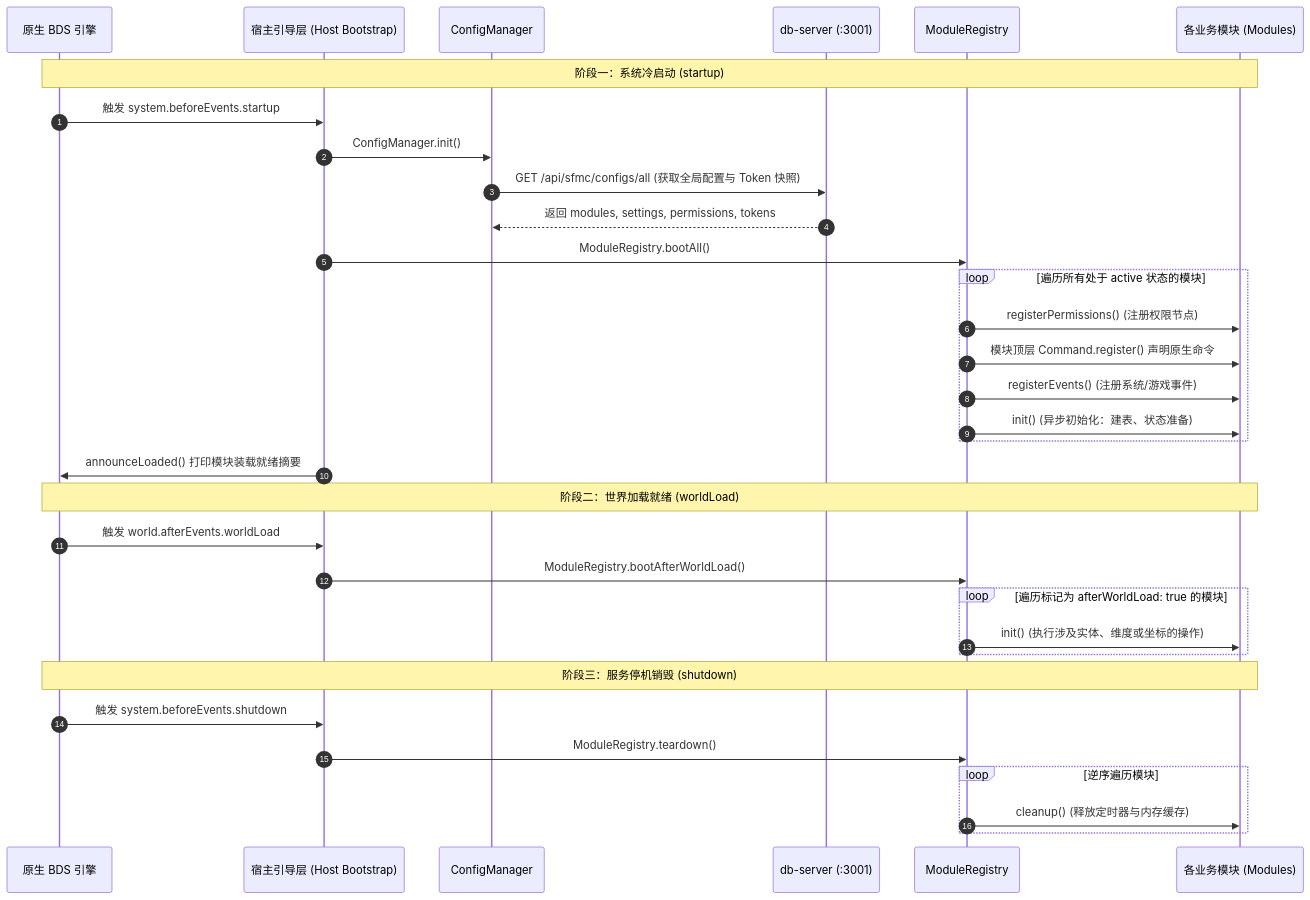
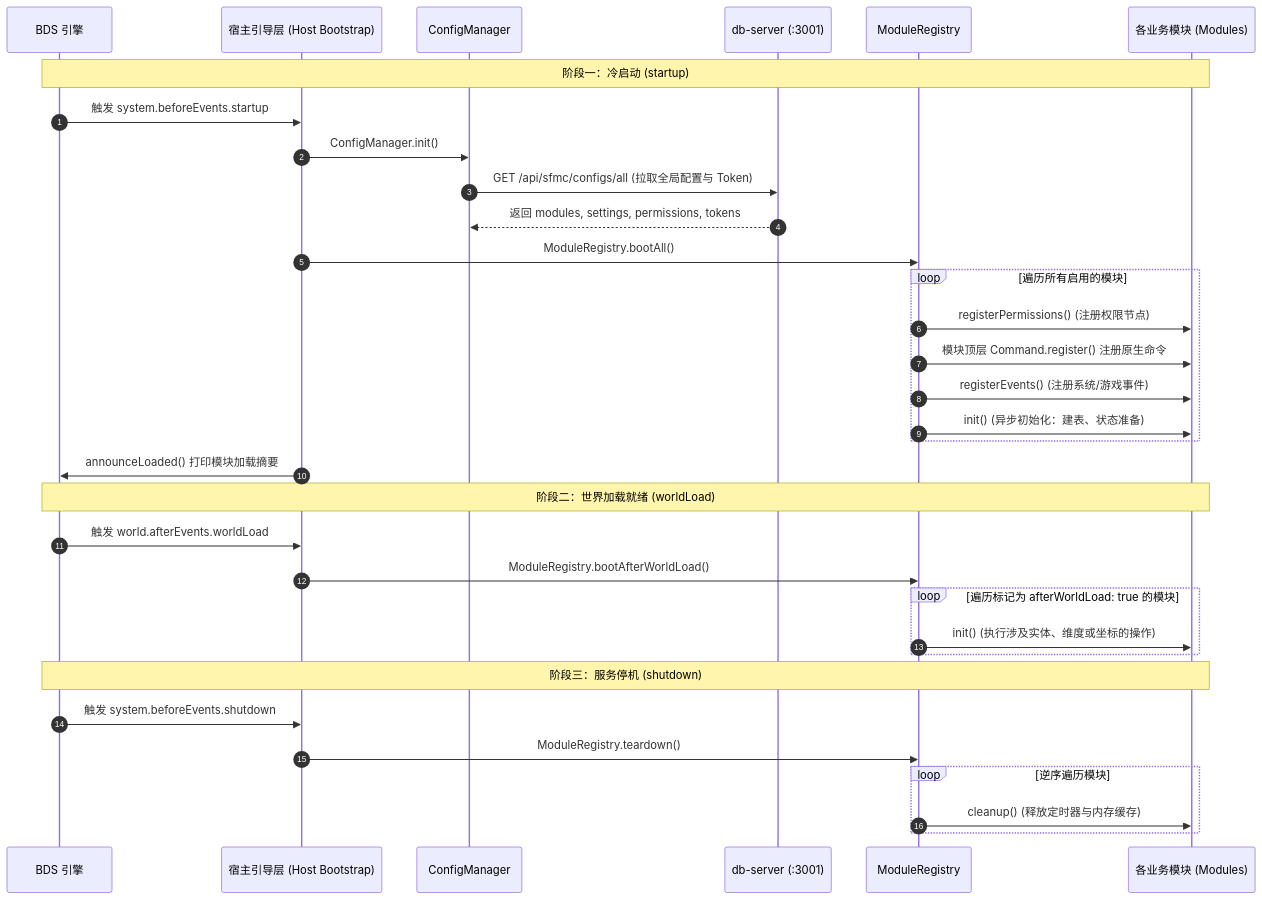
The second of 2 diagrams in docs/zh/dev/architecture.md (DogeLakeDev/ScriptsForMinecraftServer), drawn with Mermaid before and after one commit. The commit also changed other lines of this file and 282 other files, not shown here.

````diff
--- a/docs/zh/dev/architecture.md
+++ b/docs/zh/dev/architecture.md
@@ -45,40 +45,40 @@
 ```mermaid
 sequenceDiagram
   autonumber
-  participant BDS as 原生 BDS 引擎
+  participant BDS as BDS 引擎
   participant Boot as 宿主引导层 (Host Bootstrap)
   participant CM as ConfigManager
   participant DB as db-server (:3001)
   participant Reg as ModuleRegistry
   participant Mod as 各业务模块 (Modules)
 
-  Note over BDS,Mod: 阶段一：系统冷启动 (startup)
+  Note over BDS,Mod: 阶段一：冷启动 (startup)
   BDS->>Boot: 触发 system.beforeEvents.startup
   Boot->>CM: ConfigManager.init()
-  CM->>DB: GET /api/sfmc/configs/all (获取全局配置与 Token 快照)
+  CM->>DB: GET /api/sfmc/configs/all (拉取全局配置与 Token)
   DB-->>CM: 返回 modules, settings, permissions, tokens
   Boot->>Reg: ModuleRegistry.bootAll()
 
-  loop 遍历所有处于 active 状态的模块
+  loop 遍历所有启用的模块
     Reg->>Mod: registerPermissions() (注册权限节点)
-    Reg->>Mod: 模块顶层 Command.register() 声明原生命令
+    Reg->>Mod: 模块顶层 Command.register() 注册原生命令
     Reg->>Mod: registerEvents() (注册系统/游戏事件)
     Reg->>Mod: init() (异步初始化：建表、状态准备)
   end
 
-  Boot->>BDS: announceLoaded() 打印模块装载就绪摘要
+  Boot->>BDS: announceLoaded() 打印模块加载摘要
 
   Note over BDS,Mod: 阶段二：世界加载就绪 (worldLoad)
   BDS->>Boot: 触发 world.afterEvents.worldLoad
   Boot->>Reg: ModuleRegistry.bootAfterWorldLoad()
   loop 遍历标记为 afterWorldLoad: true 的模块
     Reg->>Mod: init() (执行涉及实体、维度或坐标的操作)
   end
 
-  Note over BDS,Mod: 阶段三：服务停机销毁 (shutdown)
+  Note over BDS,Mod: 阶段三：服务停机 (shutdown)
   BDS->>Boot: 触发 system.beforeEvents.shutdown
   Boot->>Reg: ModuleRegistry.teardown()
   loop 逆序遍历模块
     Reg->>Mod: cleanup() (释放定时器与内存缓存)
   end
 ```
````
